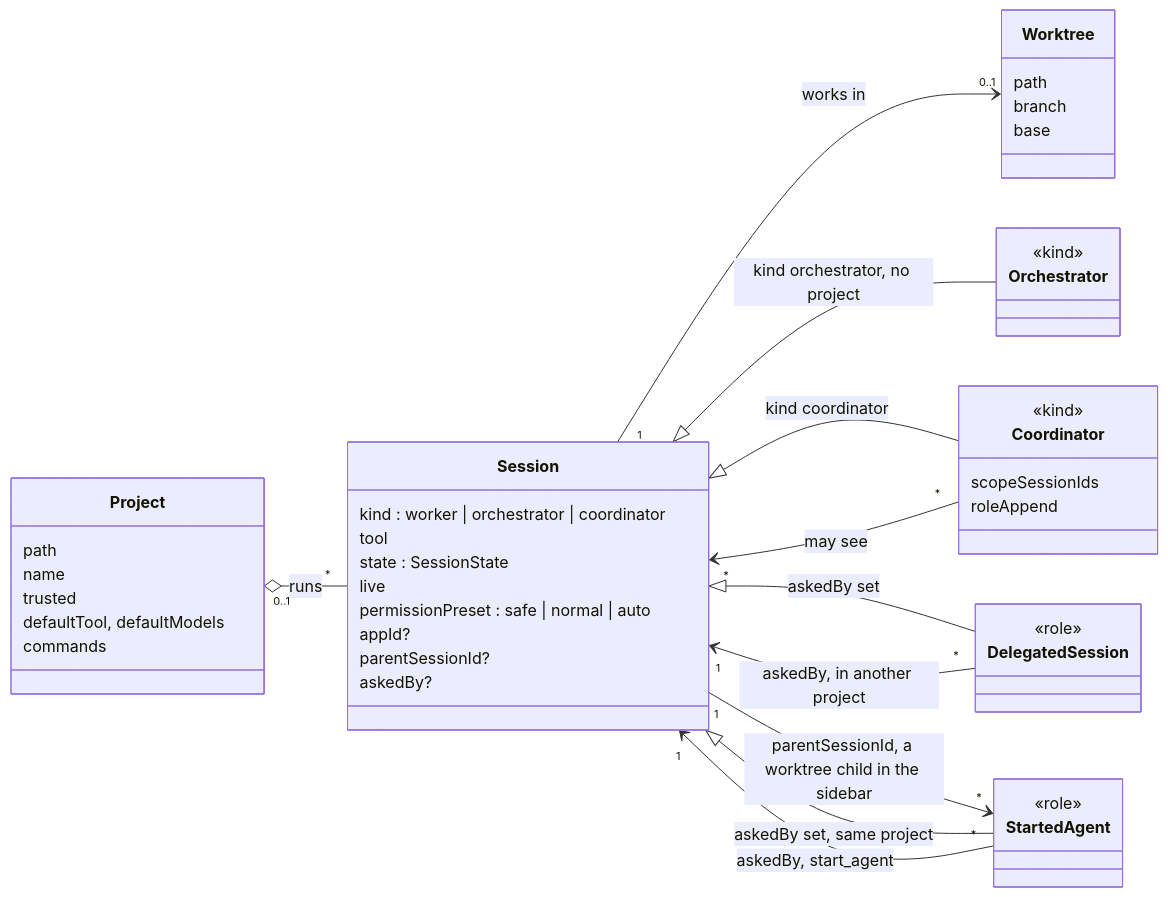
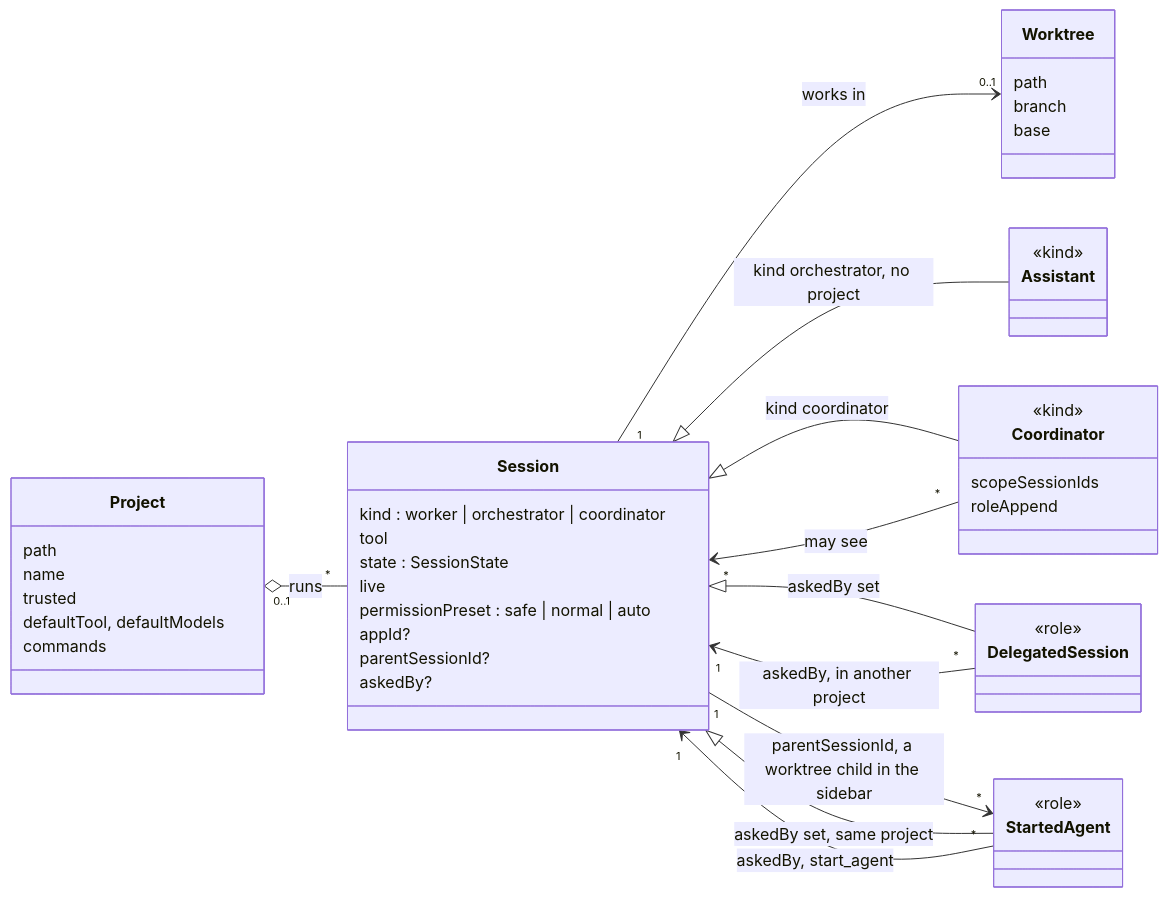
Before and after one commit to ijun17/centralu: the first of 11 diagrams in docs/domain-model.ko.md, drawn with Mermaid. The commit also changed other lines of this file and 578 other files, not shown here.

````diff
--- a/docs/domain-model.ko.md
+++ b/docs/domain-model.ko.md
@@ -153,50 +153,50 @@
 ```mermaid
 classDiagram
   direction LR
   class Project {
     path
     name
     trusted
     defaultTool, defaultModels
     commands
   }
   class Session {
     kind : worker | orchestrator | coordinator
     tool
     state : SessionState
     live
     permissionPreset : safe | normal | auto
     appId?
     parentSessionId?
     askedBy?
   }
   class Worktree {
     path
     branch
     base
   }
-  class Orchestrator {
+  class Assistant {
     <<kind>>
   }
   class Coordinator {
     <<kind>>
     scopeSessionIds
     roleAppend
   }
   class DelegatedSession {
     <<role>>
   }
   class StartedAgent {
     <<role>>
   }
   Project "0..1" o-- "*" Session : runs
   Session "1" --> "0..1" Worktree : works in
-  Session <|-- Orchestrator : kind orchestrator, no project
+  Session <|-- Assistant : kind orchestrator, no project
   Session <|-- Coordinator : kind coordinator
   Session <|-- DelegatedSession : askedBy set
   Session "1" --> "*" StartedAgent : parentSessionId, a worktree child in the sidebar
   DelegatedSession "*" --> "1" Session : askedBy, in another project
   Session <|-- StartedAgent : askedBy set, same project
   StartedAgent "*" --> "1" Session : askedBy, start_agent
   Coordinator "*" --> "*" Session : may see
 ```
````
